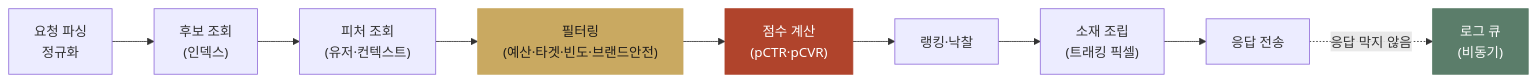
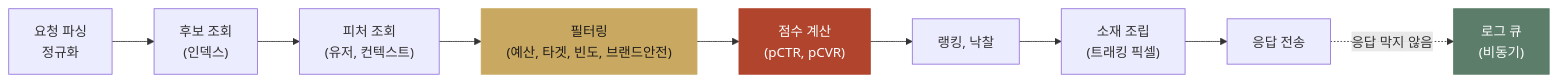
Before and after one commit to chkimsu/adtech-blog: the first of 2 diagrams in posts/ad-serving-flow.md, drawn with Mermaid. The commit also changed other lines of this file and 25 other files, not shown here.

````diff
--- a/posts/ad-serving-flow.md
+++ b/posts/ad-serving-flow.md
@@ -23,19 +23,19 @@
 ```mermaid
 graph LR
   REQ["요청 파싱<br/>정규화"]
   CAND["후보 조회<br/>(인덱스)"]
-  FEAT["피처 조회<br/>(유저·컨텍스트)"]
-  FILT["필터링<br/>(예산·타겟·빈도·브랜드안전)"]
-  SCORE["점수 계산<br/>(pCTR·pCVR)"]
-  RANK["랭킹·낙찰"]
+  FEAT["피처 조회<br/>(유저, 컨텍스트)"]
+  FILT["필터링<br/>(예산, 타겟, 빈도, 브랜드안전)"]
+  SCORE["점수 계산<br/>(pCTR, pCVR)"]
+  RANK["랭킹, 낙찰"]
   CREA["소재 조립<br/>(트래킹 픽셀)"]
   RESP["응답 전송"]
   LOG["로그 큐<br/>(비동기)"]
 
   REQ --> CAND --> FEAT --> FILT --> SCORE --> RANK --> CREA --> RESP
   RESP -.->|"응답 막지 않음"| LOG
 
   style FILT fill:#c9a961,stroke:#c9a961,color:#201d1a
   style SCORE fill:#b0442c,stroke:#b0442c,color:#fff
   style LOG fill:#5b7d6a,stroke:#5b7d6a,color:#fff
 ```
````
